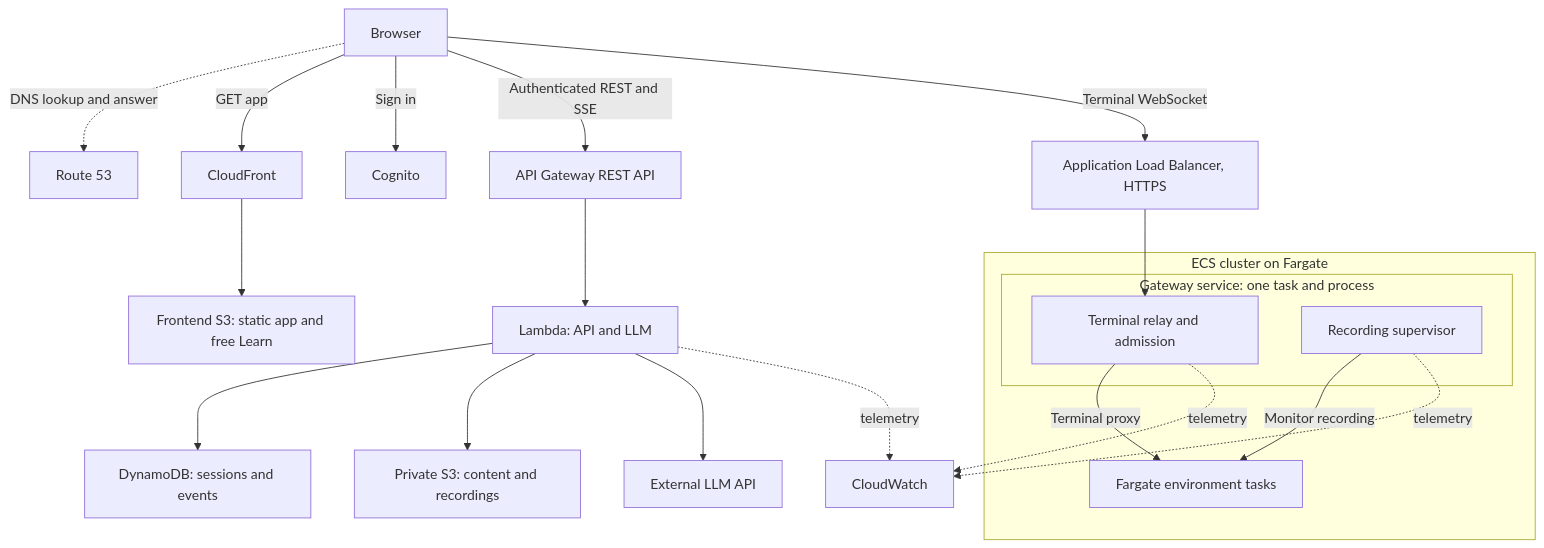
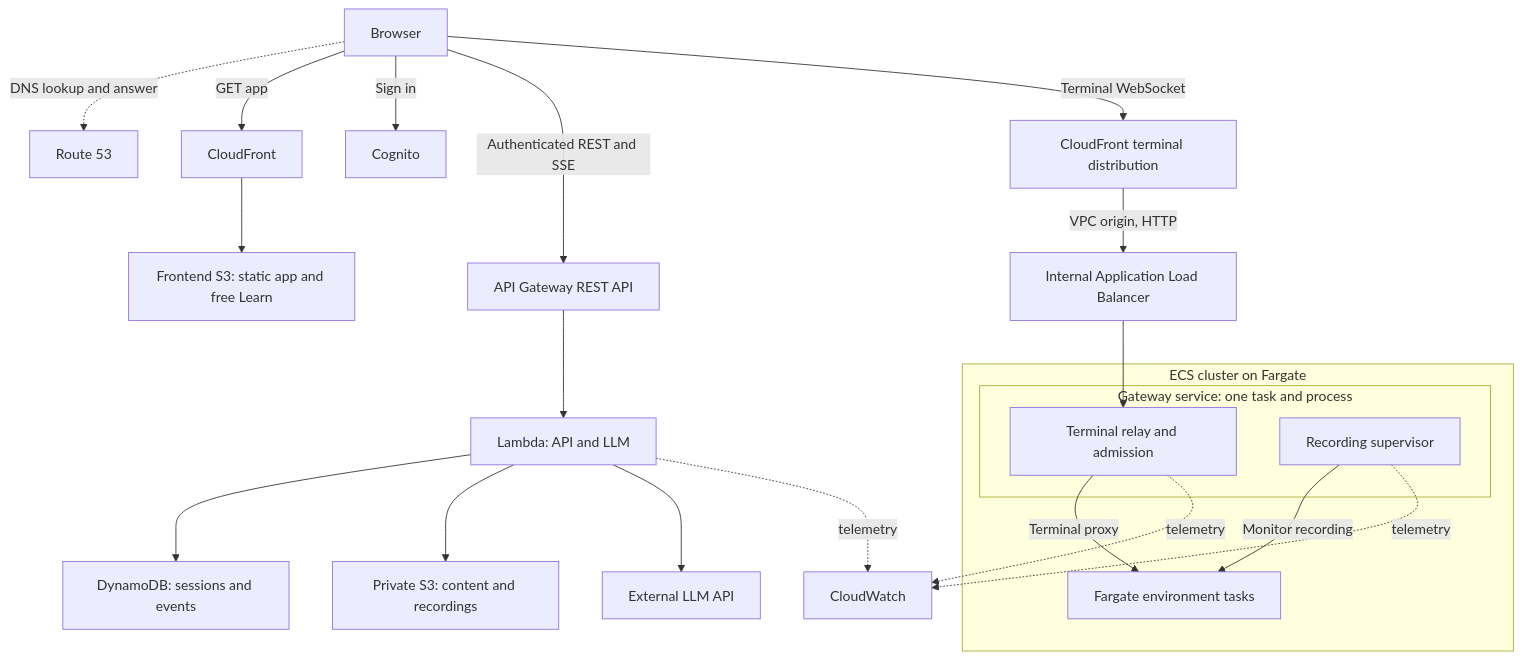
Before and after one commit to ehz0ah/OpsReplay: the second of 2 diagrams in docs/architecture.md, drawn with Mermaid. The commit also changed other lines of this file and 16 other files, not shown here.

Commit message:
feat(infra): route terminal ingress through CloudFront

````diff
--- a/docs/architecture.md
+++ b/docs/architecture.md
@@ -73,26 +73,27 @@
 ```mermaid
 flowchart TB
   Browser -. DNS lookup and answer .-> R53[Route 53]
   Browser -->|GET app| CF[CloudFront]
   CF --> Web[Frontend S3: static app and free Learn]
   Browser -->|Sign in| Cognito
   Browser -->|Authenticated REST and SSE| APIGW[API Gateway REST API]
   APIGW --> Lambda[Lambda: API and LLM]
   Lambda --> DDB[DynamoDB: sessions and events]
   Lambda --> Private[Private S3: content and recordings]
   Lambda --> Provider[External LLM API]
-  Browser -->|Terminal WebSocket| ALB[Application Load Balancer, HTTPS]
+  Browser -->|Terminal WebSocket| TCF[CloudFront terminal distribution]
+  TCF -->|VPC origin, HTTP| ALB[Internal Application Load Balancer]
   ALB --> Relay
   subgraph Cluster[ECS cluster on Fargate]
     subgraph Gateway[Gateway service: one task and process]
       Relay[Terminal relay and admission]
       Recorder[Recording supervisor]
     end
     Tasks[Fargate environment tasks]
   end
   Relay -->|Terminal proxy| Tasks
   Recorder -->|Monitor recording| Tasks
   Lambda -. telemetry .-> CW[CloudWatch]
   Relay -. telemetry .-> CW
   Recorder -. telemetry .-> CW
 ```
````
